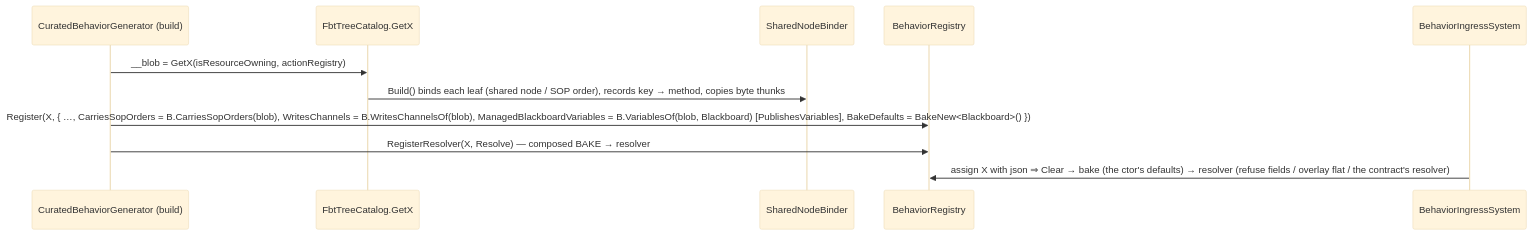
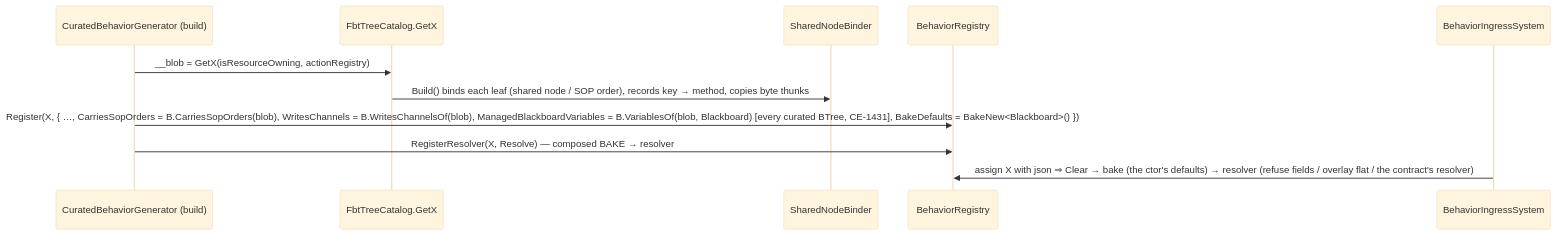
Before and after one commit to pjanec/HROT: the seventh of 8 diagrams in docs/blueprints/DESIGN_Behavior_Self_Registration.md, drawn with Mermaid (base theme). The commit also changed other lines of this file and 16 other files, not shown here.

First line of the commit message:
CE-1431 B: every curated BTree publishes a variables manifest; PublishesVariables opt-in deleted

````diff
--- a/docs/blueprints/DESIGN_Behavior_Self_Registration.md
+++ b/docs/blueprints/DESIGN_Behavior_Self_Registration.md
@@ -558,13 +558,13 @@
 ```mermaid
 sequenceDiagram
   participant G as CuratedBehaviorGenerator (build)
   participant C as FbtTreeCatalog.GetX
   participant B as SharedNodeBinder
   participant R as BehaviorRegistry
   participant I as BehaviorIngressSystem
   G->>C: __blob = GetX(isResourceOwning, actionRegistry)
   C->>B: Build() binds each leaf (shared node / SOP order), records key → method, copies byte thunks
-  G->>R: Register(X, { …, CarriesSopOrders = B.CarriesSopOrders(blob), WritesChannels = B.WritesChannelsOf(blob), ManagedBlackboardVariables = B.VariablesOf(blob, Blackboard) [PublishesVariables], BakeDefaults = BakeNew<Blackboard>() })
+  G->>R: Register(X, { …, CarriesSopOrders = B.CarriesSopOrders(blob), WritesChannels = B.WritesChannelsOf(blob), ManagedBlackboardVariables = B.VariablesOf(blob, Blackboard) [every curated BTree, CE-1431], BakeDefaults = BakeNew<Blackboard>() })
   G->>R: RegisterResolver(X, Resolve) — composed BAKE → resolver
   I->>R: assign X with json ⇒ Clear → bake (the ctor's defaults) → resolver (refuse fields / overlay flat / the contract's resolver)
 ```
````
